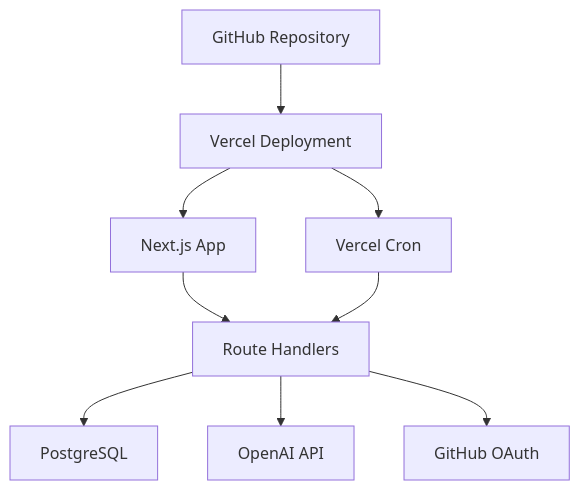
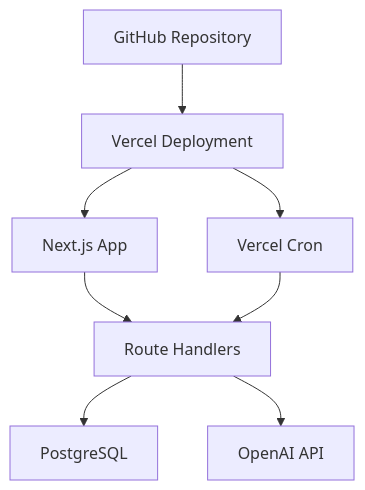
One commit to Shaoyi23/ai-tech-briefing changed the fifth of 5 diagrams in docs/architecture.md. Above: the diagram before and after it, drawn with Mermaid. The commit also changed other lines of this file and 36 other files, not shown here.

````diff
--- a/docs/architecture.md
+++ b/docs/architecture.md
@@ -113,14 +105,13 @@
 ```mermaid
 flowchart TB
   GitHubRepo["GitHub Repository"] --> Vercel["Vercel Deployment"]
 
   Vercel --> NextApp["Next.js App"]
   Vercel --> Cron["Vercel Cron"]
 
   NextApp --> RouteHandlers["Route Handlers"]
   RouteHandlers --> Postgres["PostgreSQL"]
   RouteHandlers --> OpenAI["OpenAI API"]
-  RouteHandlers --> GitHubOAuth["GitHub OAuth"]
 
   Cron --> RouteHandlers
 ```
````
